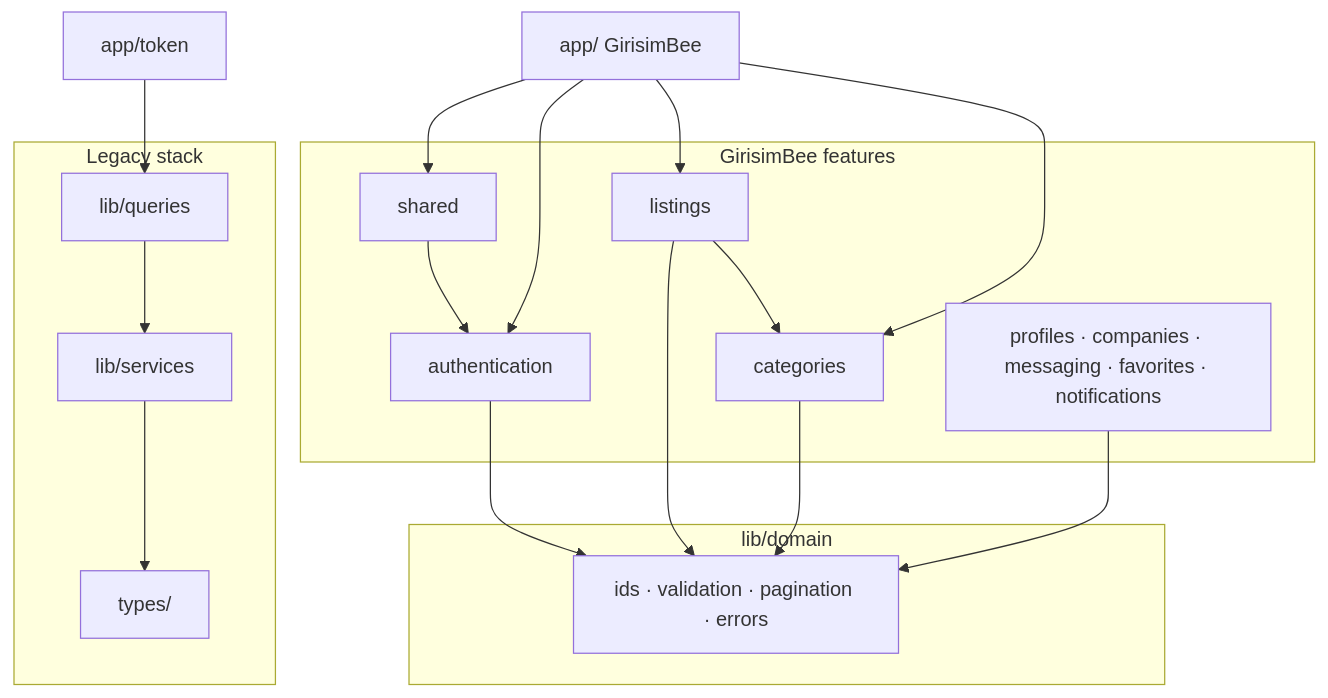
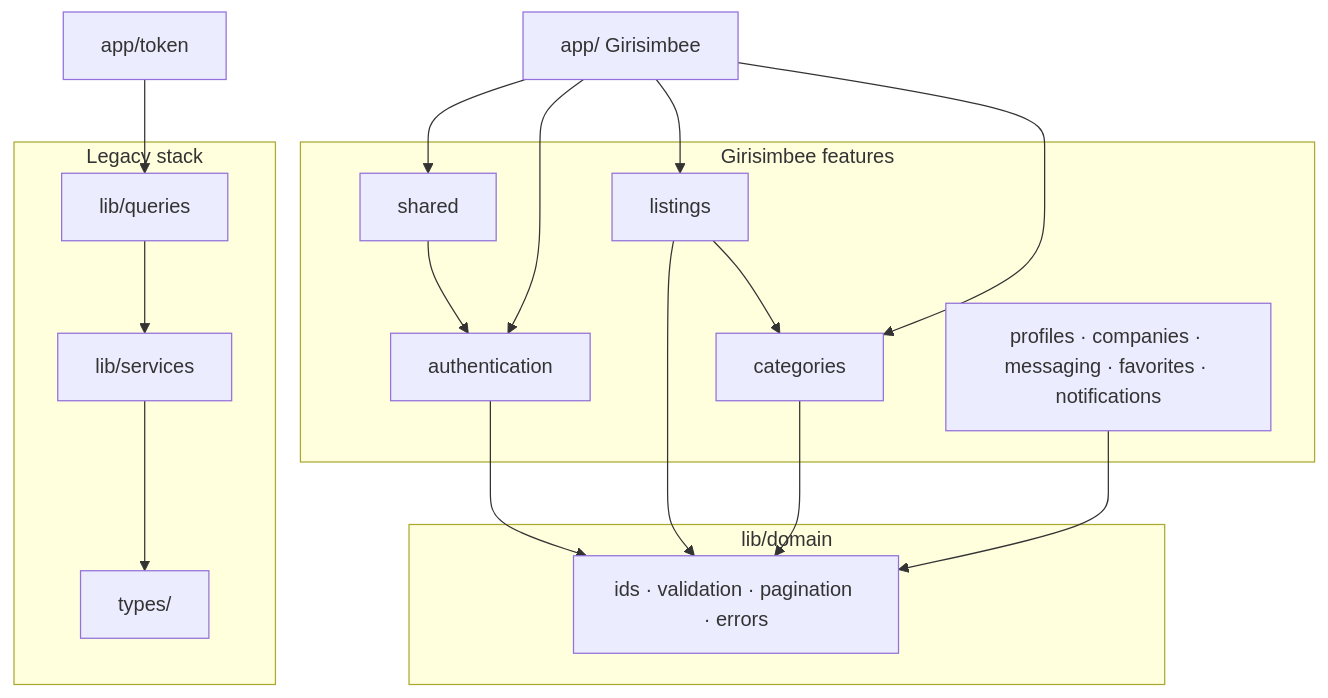
Before and after one commit to zamanugurz-afk/girisimbee: the diagram in docs/ARCHITECTURE.md, drawn with Mermaid. The commit also changed other lines of this file and 110 other files, not shown here.

````diff
--- a/docs/ARCHITECTURE.md
+++ b/docs/ARCHITECTURE.md
@@ -69,36 +69,36 @@
 ```mermaid
 flowchart TB
   subgraph kernel ["lib/domain"]
     LD[ids · validation · pagination · errors]
   end
 
-  subgraph girisimco ["GirisimBee features"]
+  subgraph girisimco ["Girisimbee features"]
     FA[authentication]
     FC[categories]
     FL[listings]
     FS[shared]
     FP[profiles · companies · messaging · favorites · notifications]
   end
 
   subgraph legacy ["Legacy stack"]
     LQ[lib/queries]
     LS[lib/services]
     LT[types/]
   end
 
   FA --> LD
   FL --> LD
   FL --> FC
   FC --> LD
   FS --> FA
   FP --> LD
 
-  app_g[app/ GirisimBee] --> FA
+  app_g[app/ Girisimbee] --> FA
   app_g --> FL
   app_g --> FC
   app_g --> FS
 
   app_l[app/token] --> LQ
   LQ --> LS
   LS --> LT
 ```
````
